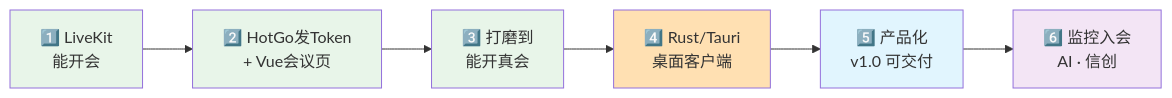
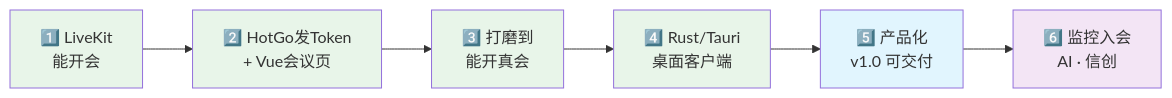
The diagram in 视频会议/学习和实现路线.md (tengyinan1994/Video-Conference), drawn with Mermaid before and after one commit. The commit also changed other lines of this file and 38 other files, not shown here.

````diff
--- a/视频会议/学习和实现路线.md
+++ b/视频会议/学习和实现路线.md
@@ -49,14 +49,14 @@
 ```mermaid
 flowchart LR
   s1["1️⃣ LiveKit<br/>能开会"] --> s2["2️⃣ HotGo发Token<br/>+ Vue会议页"]
   s2 --> s3["3️⃣ 打磨到<br/>能开真会"]
   s3 --> s4["4️⃣ Rust/Tauri<br/>桌面客户端"]
   s4 --> s5["5️⃣ 产品化<br/>v1.0 可交付"]
   s5 --> s6["6️⃣ 监控入会<br/>AI · 信创"]
   style s1 fill:#e8f5e9
   style s2 fill:#e8f5e9
   style s3 fill:#e8f5e9
-  style s4 fill:#ffe0b2
+  style s4 fill:#e8f5e9
   style s5 fill:#e1f5fe
   style s6 fill:#f3e5f5
 ```
````
